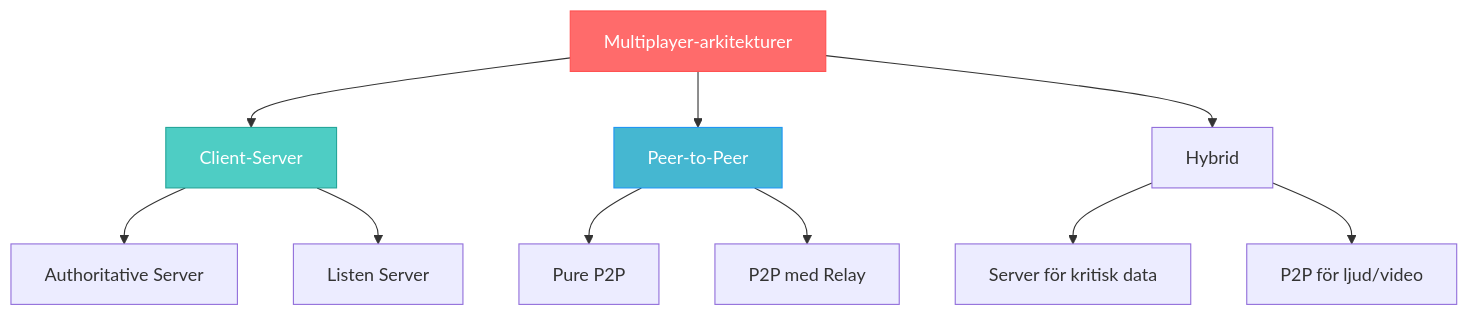
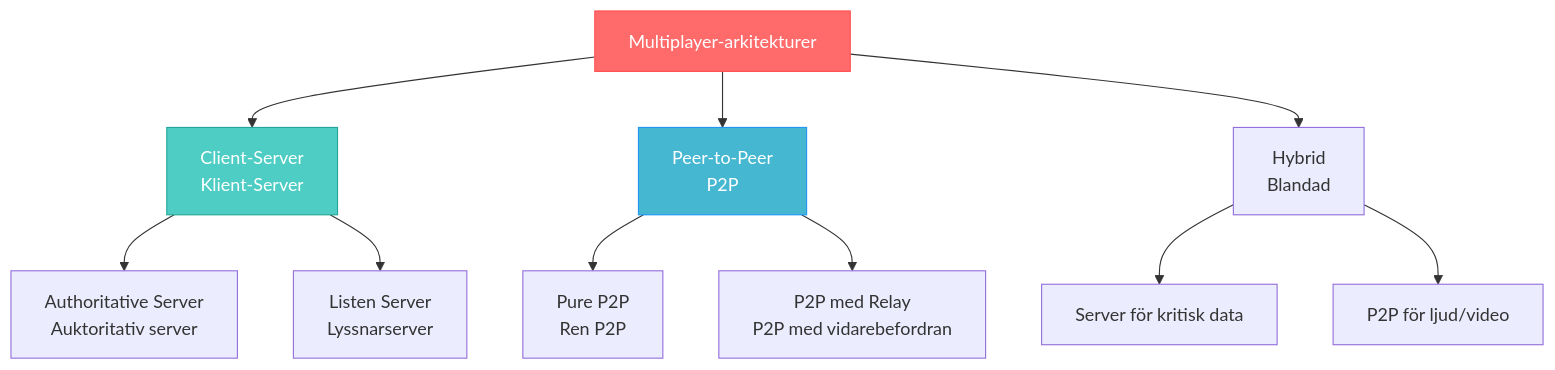
The first of 2 diagrams in src/kapitel_10/multiplayer.md (Glimakra-Webbutvecklare/kursbok), drawn with Mermaid before and after one commit. The commit also changed other lines of this file and 9 other files, not shown here.

````diff
--- a/src/kapitel_10/multiplayer.md
+++ b/src/kapitel_10/multiplayer.md
@@ -15,19 +29,19 @@
 ```mermaid
 graph TB
-    A[Multiplayer-arkitekturer] --> B[Client-Server]
-    A --> C[Peer-to-Peer]
-    A --> D[Hybrid]
+    A[Multiplayer-arkitekturer] --> B[Client-Server<br/>Klient-Server]
+    A --> C[Peer-to-Peer<br/>P2P]
+    A --> D[Hybrid<br/>Blandad]
     
-    B --> B1[Authoritative Server]
-    B --> B2[Listen Server]
+    B --> B1[Authoritative Server<br/>Auktoritativ server]
+    B --> B2[Listen Server<br/>Lyssnarserver]
     
-    C --> C1[Pure P2P]
-    C --> C2[P2P med Relay]
+    C --> C1[Pure P2P<br/>Ren P2P]
+    C --> C2[P2P med Relay<br/>P2P med vidarebefordran]
     
     D --> D1[Server för kritisk data]
     D --> D2[P2P för ljud/video]
     
     style A fill:#FF6B6B,stroke:#FF5252,color:#fff
     style B fill:#4ECDC4,stroke:#26A69A,color:#fff
     style C fill:#45B7D1,stroke:#2196F3,color:#fff
 ```
````
